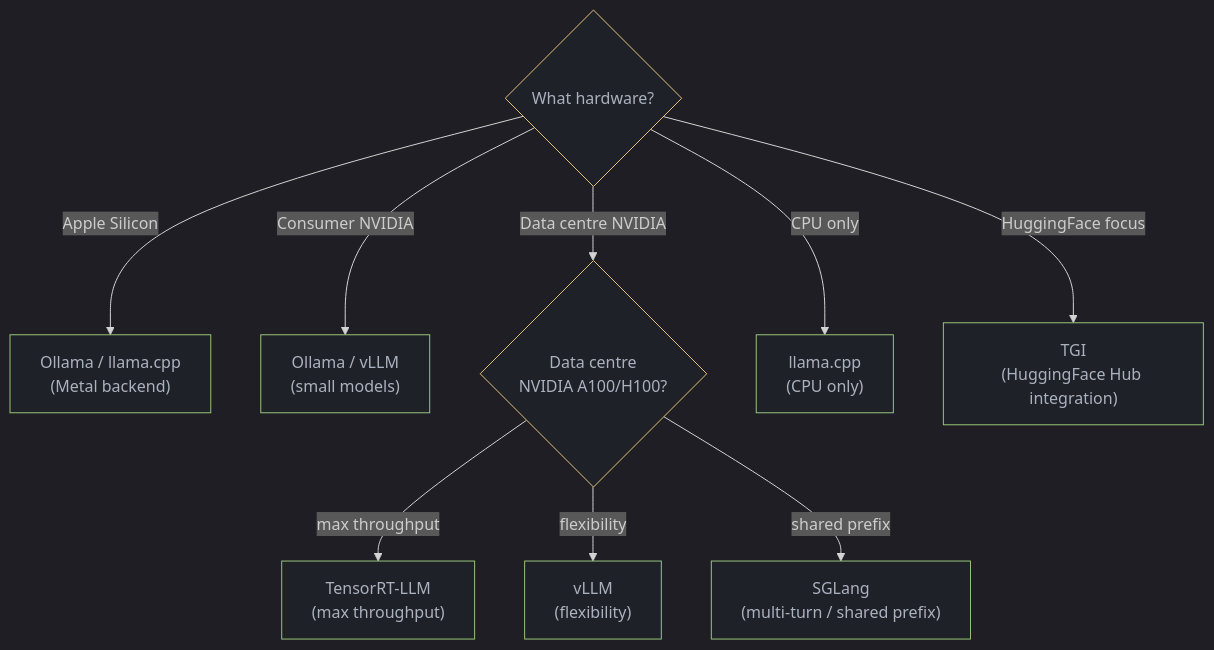
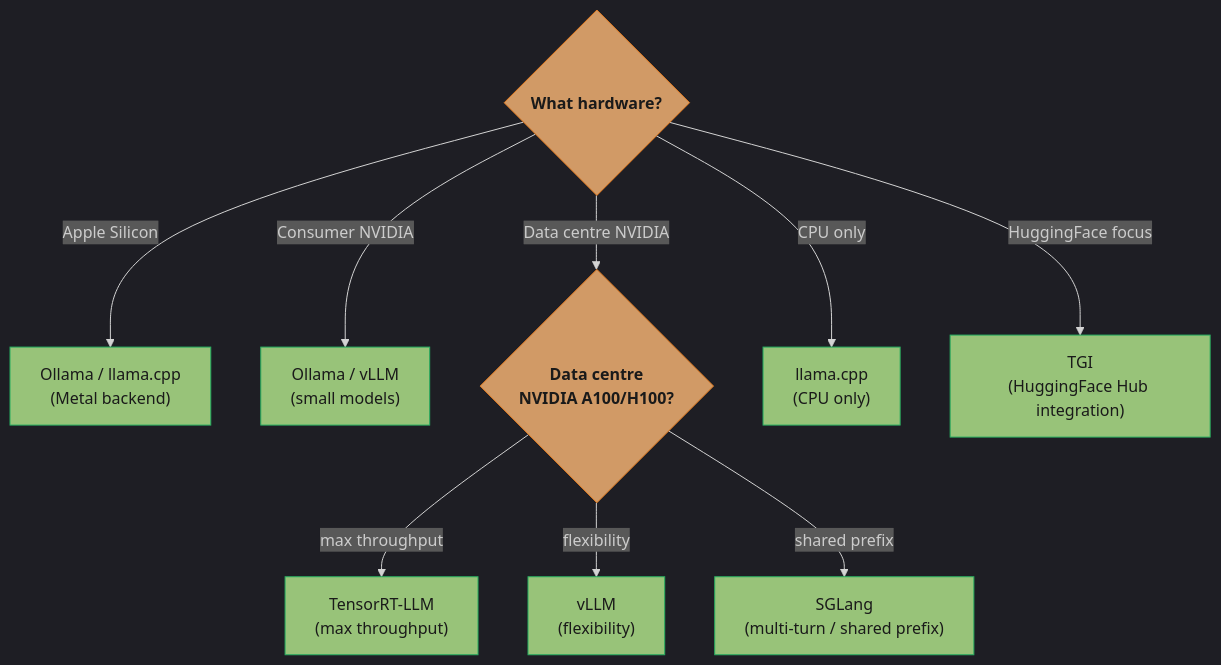
Before and after one commit to rppol/system-design: the diagram in src/main/java/com/rutik/systemdesign/llm/inference_engines/README.md, drawn with Mermaid. The commit also changed 88 other files, not shown here.

````diff
--- a/src/main/java/com/rutik/systemdesign/llm/inference_engines/README.md
+++ b/src/main/java/com/rutik/systemdesign/llm/inference_engines/README.md
@@ -247,28 +247,33 @@
 ```mermaid
 %%{init: {'flowchart': {'curve': 'basis'}, 'theme': 'dark'}}%%
 flowchart TD
-    classDef decide fill:#1e2127,stroke:#e5c07b,color:#abb2bf
-    classDef proc   fill:#1e2127,stroke:#98c379,color:#abb2bf
+    classDef io      fill:#61afef,stroke:#2e86c1,color:#1a1a1a,font-weight:bold
+    classDef frozen  fill:#c678dd,stroke:#9b59b6,color:#fff
+    classDef train   fill:#98c379,stroke:#27ae60,color:#1a1a1a
+    classDef mathOp  fill:#d19a66,stroke:#e67e22,color:#1a1a1a,font-weight:bold
+    classDef lossN   fill:#e06c75,stroke:#c0392b,color:#fff,font-weight:bold
+    classDef req     fill:#56b6c2,stroke:#0097a7,color:#1a1a1a
+    classDef base    fill:#e5c07b,stroke:#f39c12,color:#1a1a1a
 
     HW{"What hardware?"}
     MAC["Ollama / llama.cpp\n(Metal backend)"]
     CONS["Ollama / vLLM\n(small models)"]
     DC{"Data centre\nNVIDIA A100/H100?"}
     TRT["TensorRT-LLM\n(max throughput)"]
     VLM["vLLM\n(flexibility)"]
     SGL["SGLang\n(multi-turn / shared prefix)"]
     CPU["llama.cpp\n(CPU only)"]
     TGI["TGI\n(HuggingFace Hub integration)"]
 
     HW -->|"Apple Silicon"| MAC
     HW -->|"Consumer NVIDIA"| CONS
     HW -->|"Data centre NVIDIA"| DC
     HW -->|"CPU only"| CPU
     HW -->|"HuggingFace focus"| TGI
     DC -->|"max throughput"| TRT
     DC -->|"flexibility"| VLM
     DC -->|"shared prefix"| SGL
 
-    class HW,DC decide
-    class MAC,CONS,TRT,VLM,SGL,CPU,TGI proc
+    class HW,DC mathOp
+    class MAC,CONS,TRT,VLM,SGL,CPU,TGI train
 ```
````
